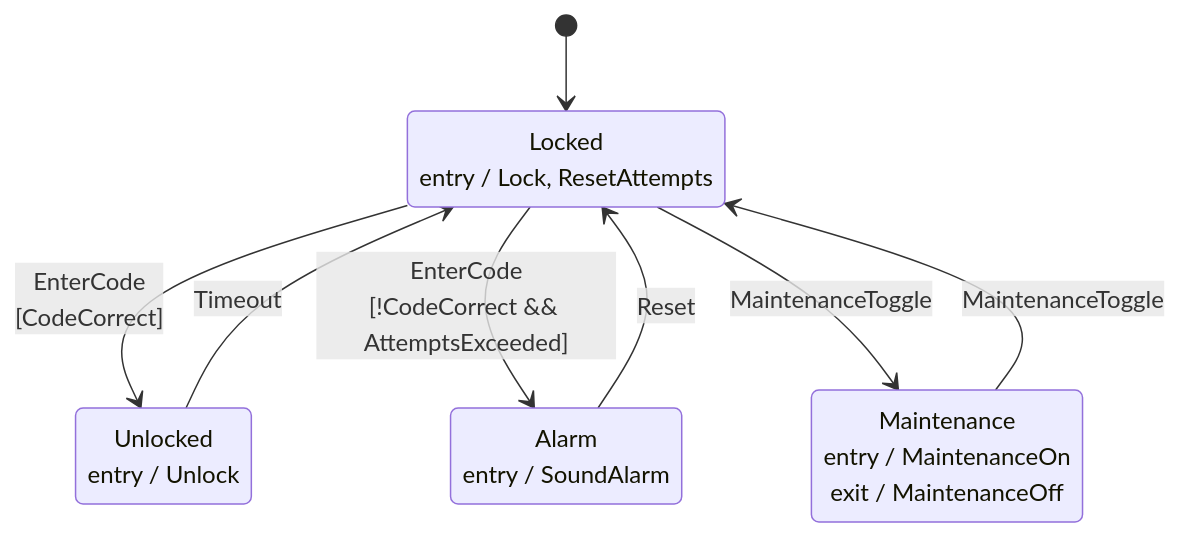
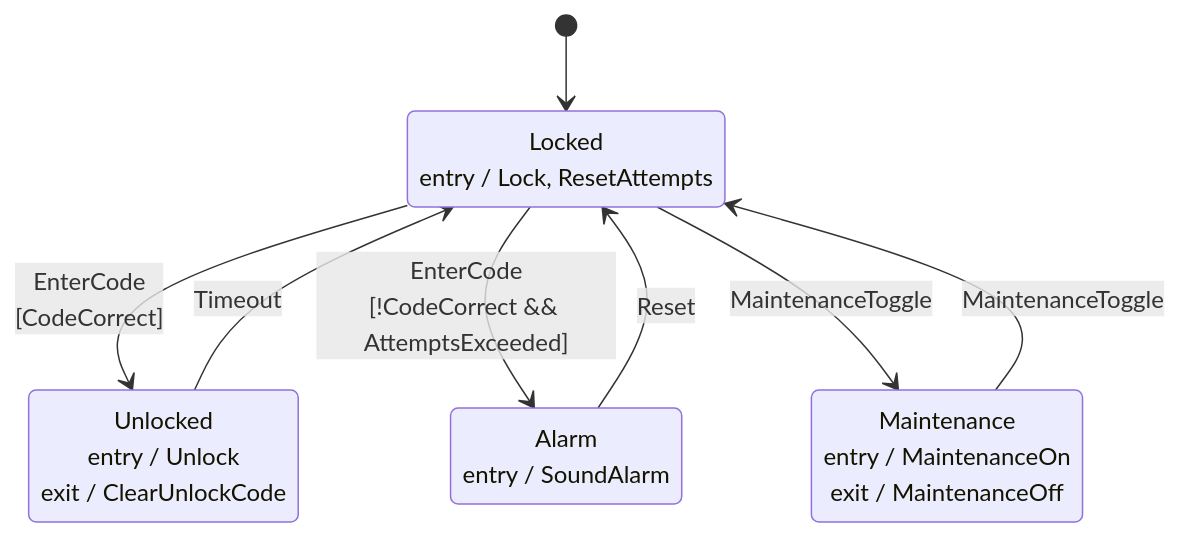
Before and after one commit to 4artit/chart_rs: the diagram in example/door_lock.md, drawn with Mermaid. The commit also changed 8 other files, not shown here.

````diff
--- a/example/door_lock.md
+++ b/example/door_lock.md
@@ -3,14 +3,14 @@
 ```mermaid
 stateDiagram-v2
     [*] --> Locked
     Locked : Locked<br/>entry / Lock, ResetAttempts
-    Unlocked : Unlocked<br/>entry / Unlock
+    Unlocked : Unlocked<br/>entry / Unlock<br/>exit / ClearUnlockCode
     Alarm : Alarm<br/>entry / SoundAlarm
     Maintenance : Maintenance<br/>entry / MaintenanceOn<br/>exit / MaintenanceOff
     Locked --> Unlocked: EnterCode<br/>[CodeCorrect]
     Locked --> Alarm: EnterCode<br/>[!CodeCorrect && AttemptsExceeded]
     Unlocked --> Locked: Timeout
     Alarm --> Locked: Reset
     Locked --> Maintenance: MaintenanceToggle
     Maintenance --> Locked: MaintenanceToggle
 ```
````
